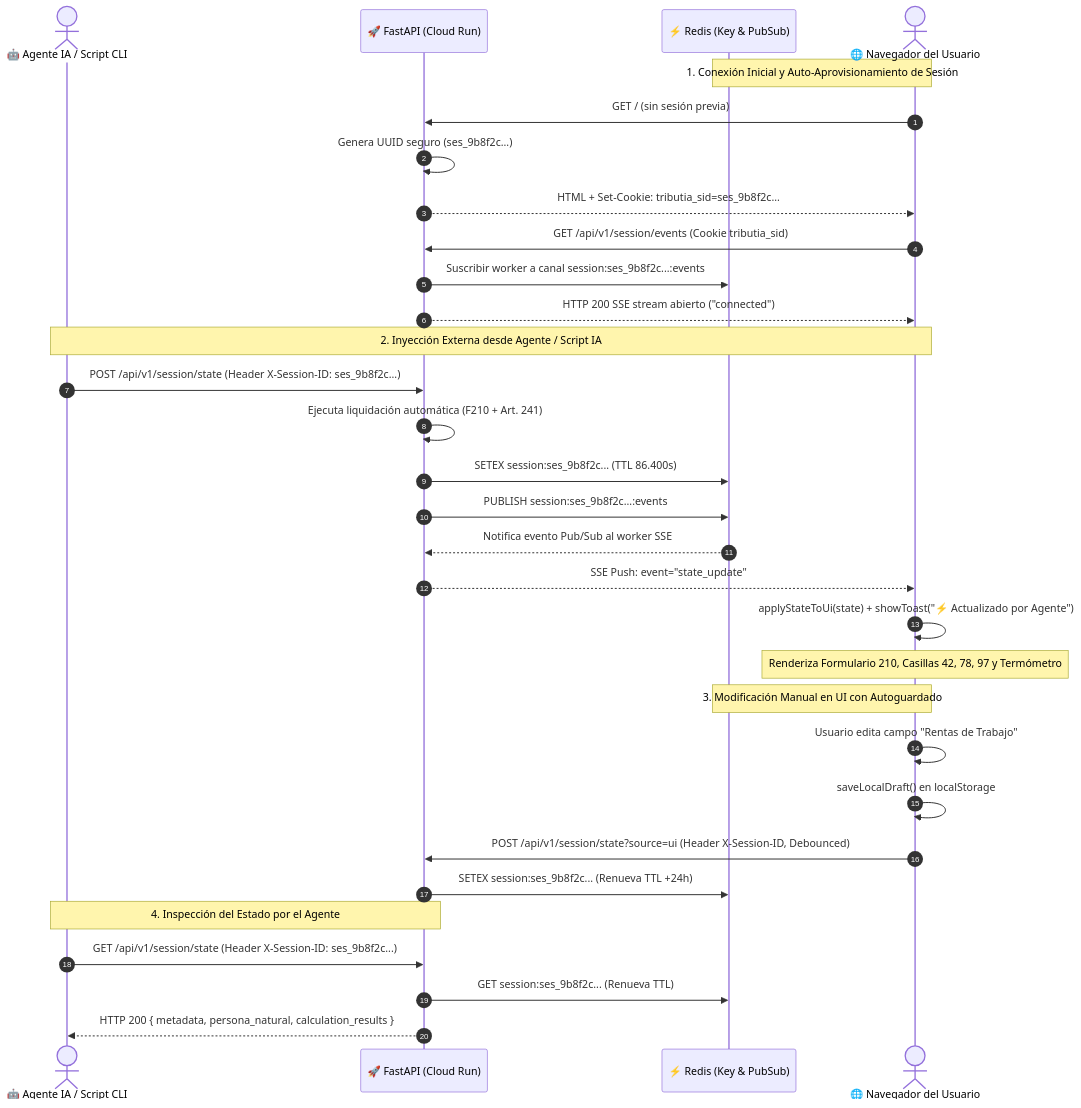
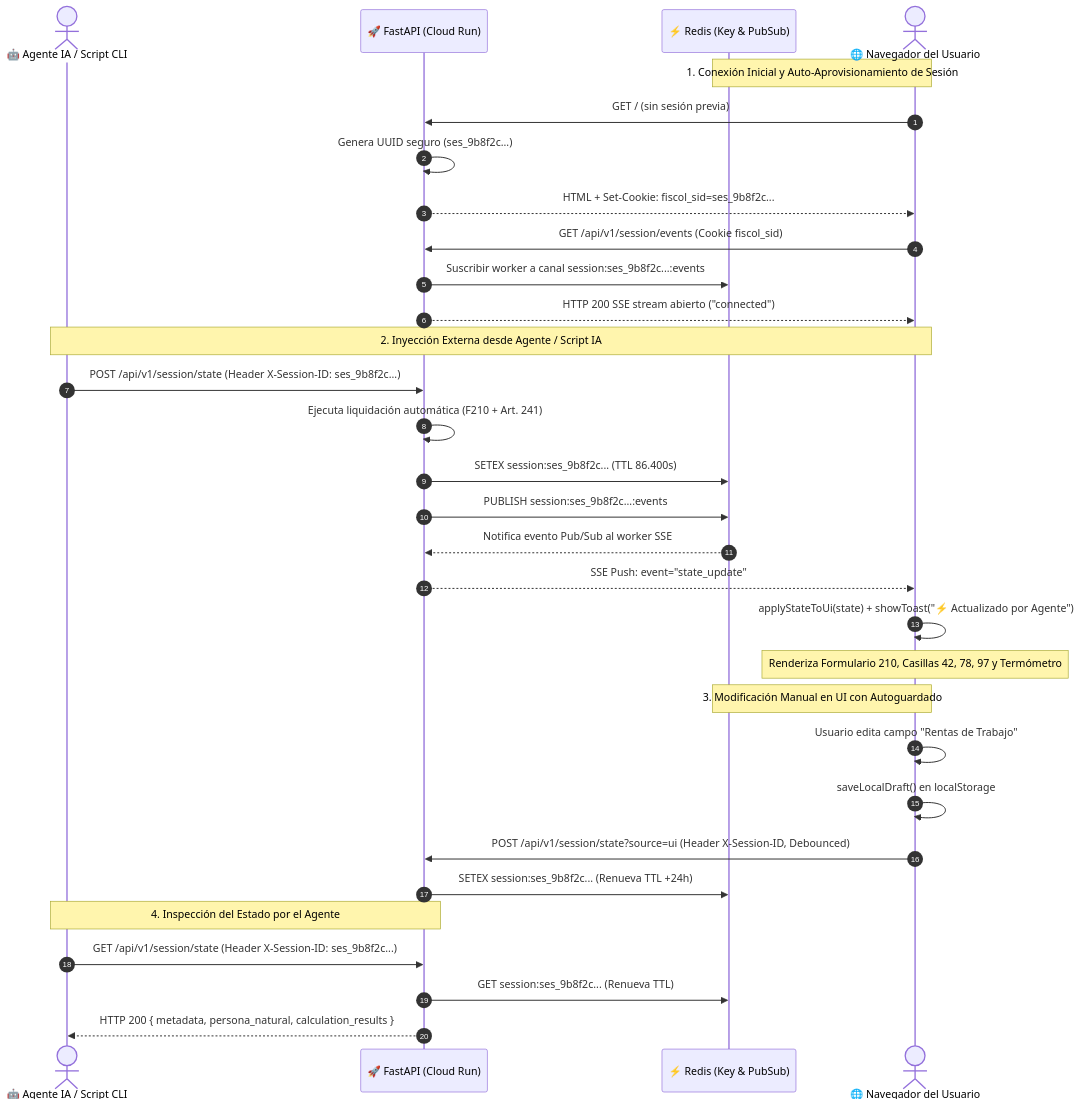
One commit to juansebashr/tribut-ia changed the diagram in docs/reference/architecture/sequence/seq-two-way-sync.md. Above: the diagram before and after it, drawn with Mermaid. The commit also changed 109 other files, not shown here.

````diff
--- a/docs/reference/architecture/sequence/seq-two-way-sync.md
+++ b/docs/reference/architecture/sequence/seq-two-way-sync.md
@@ -5,41 +5,41 @@
 ```mermaid
 sequenceDiagram
     autonumber
     actor Agente as 🤖 Agente IA / Script CLI
     participant API as 🚀 FastAPI (Cloud Run)
     participant Redis as ⚡ Redis (Key & PubSub)
     actor Browser as 🌐 Navegador del Usuario
 
     %% Conexión inicial
     Note over Browser, Redis: 1. Conexión Inicial y Auto-Aprovisionamiento de Sesión
     Browser->>API: GET / (sin sesión previa)
     API->>API: Genera UUID seguro (ses_9b8f2c...)
-    API-->>Browser: HTML + Set-Cookie: tributia_sid=ses_9b8f2c...
-    Browser->>API: GET /api/v1/session/events (Cookie tributia_sid)
+    API-->>Browser: HTML + Set-Cookie: fiscol_sid=ses_9b8f2c...
+    Browser->>API: GET /api/v1/session/events (Cookie fiscol_sid)
     API->>Redis: Suscribir worker a canal session:ses_9b8f2c...:events
     API-->>Browser: HTTP 200 SSE stream abierto ("connected")
 
     %% Inyección externa
     Note over Agente, Browser: 2. Inyección Externa desde Agente / Script IA
     Agente->>API: POST /api/v1/session/state (Header X-Session-ID: ses_9b8f2c...)
     API->>API: Ejecuta liquidación automática (F210 + Art. 241)
     API->>Redis: SETEX session:ses_9b8f2c... (TTL 86.400s)
     API->>Redis: PUBLISH session:ses_9b8f2c...:events
     Redis-->>API: Notifica evento Pub/Sub al worker SSE
     API-->>Browser: SSE Push: event="state_update"
     Browser->>Browser: applyStateToUi(state) + showToast("⚡ Actualizado por Agente")
     Note over Browser: Renderiza Formulario 210, Casillas 42, 78, 97 y Termómetro
 
     %% Modificación manual en UI
     Note over Browser, Redis: 3. Modificación Manual en UI con Autoguardado
     Browser->>Browser: Usuario edita campo "Rentas de Trabajo"
     Browser->>Browser: saveLocalDraft() en localStorage
     Browser->>API: POST /api/v1/session/state?source=ui (Header X-Session-ID, Debounced)
     API->>Redis: SETEX session:ses_9b8f2c... (Renueva TTL +24h)
 
     %% Consulta externa de lo que está en pantalla
     Note over Agente, API: 4. Inspección del Estado por el Agente
     Agente->>API: GET /api/v1/session/state (Header X-Session-ID: ses_9b8f2c...)
     API->>Redis: GET session:ses_9b8f2c... (Renueva TTL)
     API-->>Agente: HTTP 200 { metadata, persona_natural, calculation_results }
 ```
````
